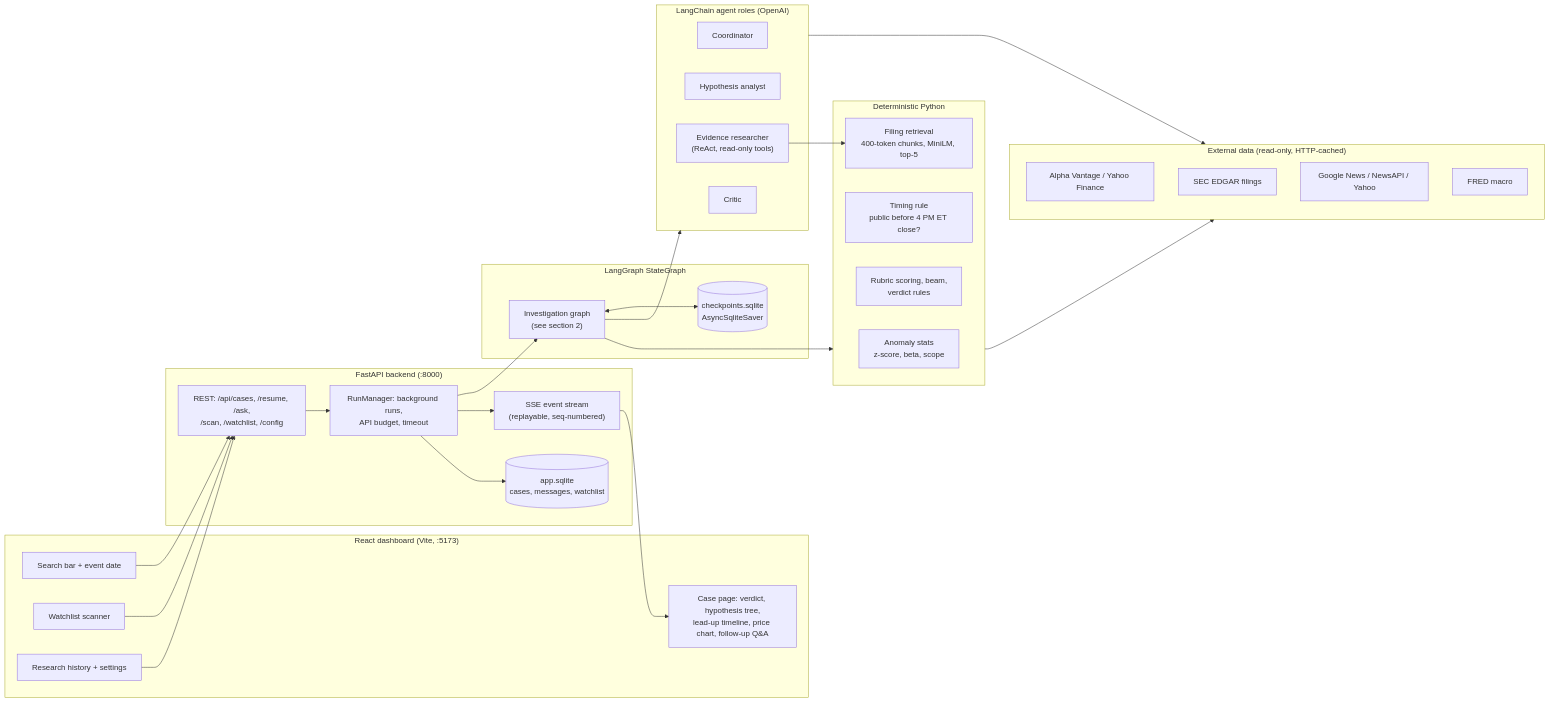
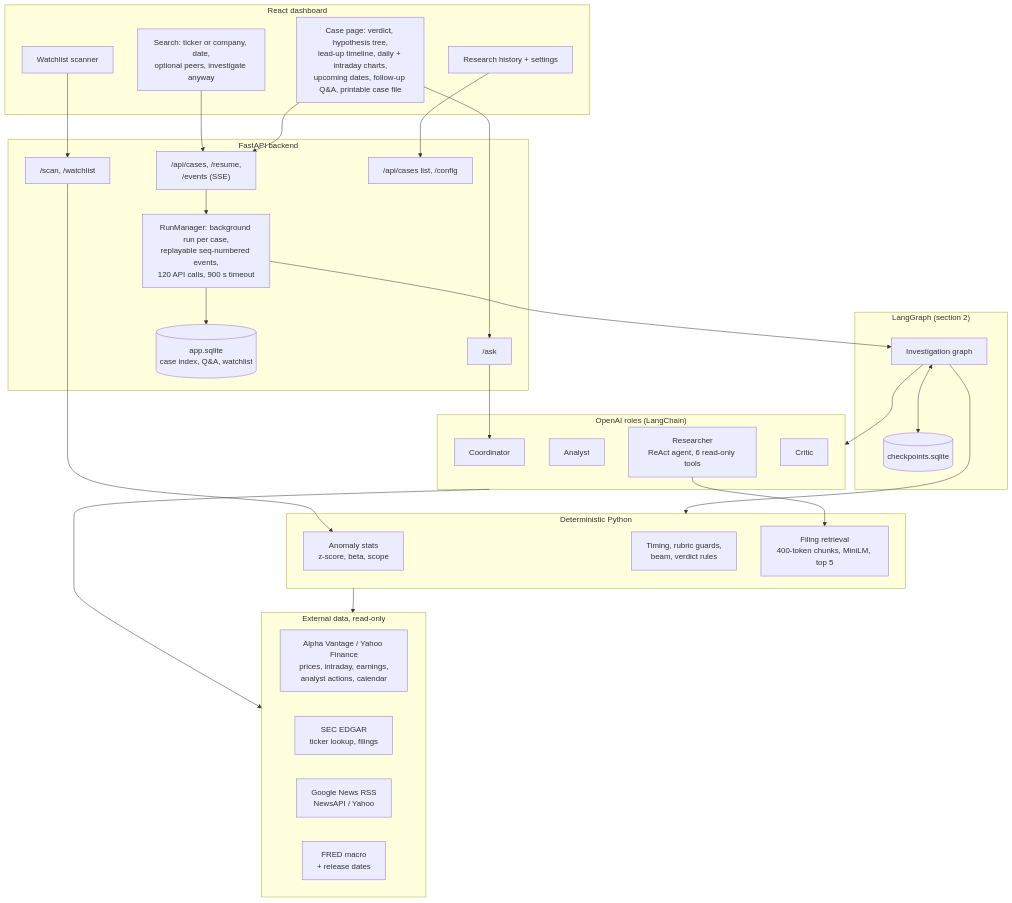
The first of 3 diagrams in docs/architecture.md (waizin28/market-detective-agent), drawn with Mermaid before and after one commit. The commit also changed other lines of this file and 1 other file, not shown here.

First line of the commit message:
Correct architecture diagrams and add a printable PDF

````diff
--- a/docs/architecture.md
+++ b/docs/architecture.md
@@ -8,57 +8,60 @@
 ```mermaid
-flowchart LR
-    subgraph UI["React dashboard (Vite, :5173)"]
-        Search["Search bar + event date"]
-        CaseUI["Case page: verdict, hypothesis tree,<br/>lead-up timeline, price chart, follow-up Q&A"]
+flowchart TB
+    subgraph UI["React dashboard"]
+        Search["Search: ticker or company, date,<br/>optional peers, investigate anyway"]
+        CaseUI["Case page: verdict, hypothesis tree,<br/>lead-up timeline, daily + intraday charts,<br/>upcoming dates, follow-up Q&A, printable case file"]
         Watch["Watchlist scanner"]
         Hist["Research history + settings"]
     end
 
-    subgraph API["FastAPI backend (:8000)"]
-        REST["REST: /api/cases, /resume, /ask,<br/>/scan, /watchlist, /config"]
-        SSE["SSE event stream<br/>(replayable, seq-numbered)"]
-        RM["RunManager: background runs,<br/>API budget, timeout"]
-        Store[("app.sqlite<br/>cases, messages, watchlist")]
+    subgraph API["FastAPI backend"]
+        Cases["/api/cases, /resume,<br/>/events (SSE)"]
+        Ask["/ask"]
+        Scan["/scan, /watchlist"]
+        Meta["/api/cases list, /config"]
+        RM["RunManager: background run per case,<br/>replayable seq-numbered events,<br/>120 API calls, 900 s timeout"]
+        AppDB[("app.sqlite<br/>case index, Q&A, watchlist")]
     end
 
-    subgraph Graph["LangGraph StateGraph"]
-        G["Investigation graph<br/>(see section 2)"]
-        CP[("checkpoints.sqlite<br/>AsyncSqliteSaver")]
+    subgraph Graph["LangGraph (section 2)"]
+        G["Investigation graph"]
+        CP[("checkpoints.sqlite")]
     end
 
-    subgraph Agents["LangChain agent roles (OpenAI)"]
+    subgraph Roles["OpenAI roles (LangChain)"]
         Coord["Coordinator"]
-        Analyst["Hypothesis analyst"]
-        Researcher["Evidence researcher<br/>(ReAct, read-only tools)"]
+        Analyst["Analyst"]
+        Researcher["Researcher<br/>ReAct agent, 6 read-only tools"]
         Critic["Critic"]
     end
 
     subgraph Py["Deterministic Python"]
         Anom["Anomaly stats<br/>z-score, beta, scope"]
-        Timing["Timing rule<br/>public before 4 PM ET close?"]
-        Score["Rubric scoring, beam,<br/>verdict rules"]
-        Retr["Filing retrieval<br/>400-token chunks, MiniLM, top-5"]
+        Rules["Timing, rubric guards,<br/>beam, verdict rules"]
+        Retr["Filing retrieval<br/>400-token chunks, MiniLM, top 5"]
     end
 
-    subgraph Data["External data (read-only, HTTP-cached)"]
-        Mkt["Alpha Vantage / Yahoo Finance"]
-        SEC["SEC EDGAR filings"]
-        News["Google News / NewsAPI / Yahoo"]
-        FRED["FRED macro"]
+    subgraph Data["External data, read-only"]
+        Mkt["Alpha Vantage / Yahoo Finance<br/>prices, intraday, earnings,<br/>analyst actions, calendar"]
+        SEC["SEC EDGAR<br/>ticker lookup, filings"]
+        News["Google News RSS<br/>NewsAPI / Yahoo"]
+        FRED["FRED macro<br/>+ release dates"]
     end
 
-    Search --> REST
-    Watch --> REST
-    Hist --> REST
-    REST --> RM
+    Search --> Cases
+    CaseUI --> Cases
+    CaseUI --> Ask
+    Watch --> Scan
+    Hist --> Meta
+    Cases --> RM
+    RM --> AppDB
     RM --> G
     G <--> CP
-    RM --> SSE
-    SSE --> CaseUI
-    RM --> Store
-    G --> Agents
+    Ask --> Coord
+    Scan --> Anom
+    G --> Roles
     G --> Py
     Researcher --> Retr
-    Agents --> Data
+    Roles --> Data
     Py --> Data
 ```
````
